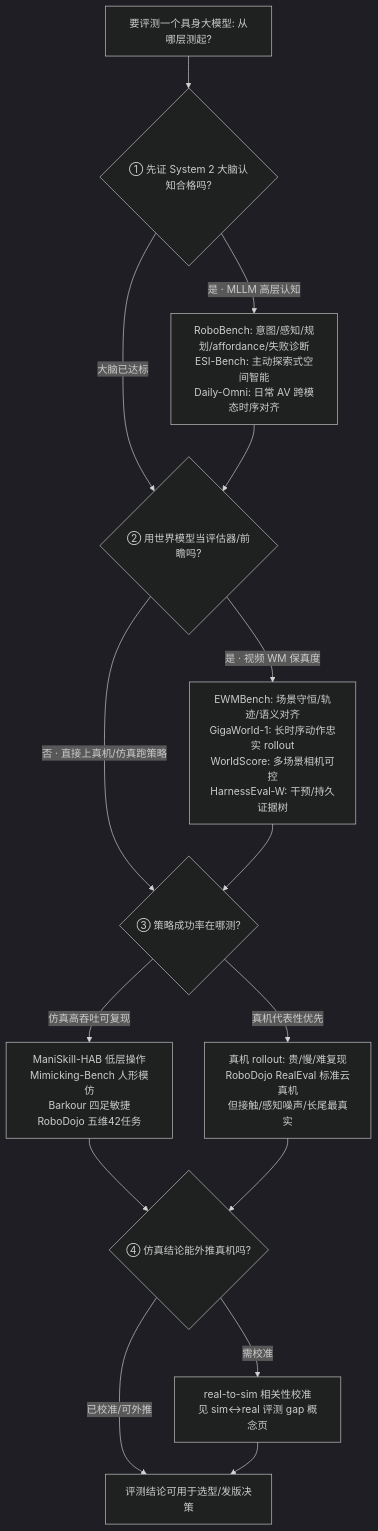
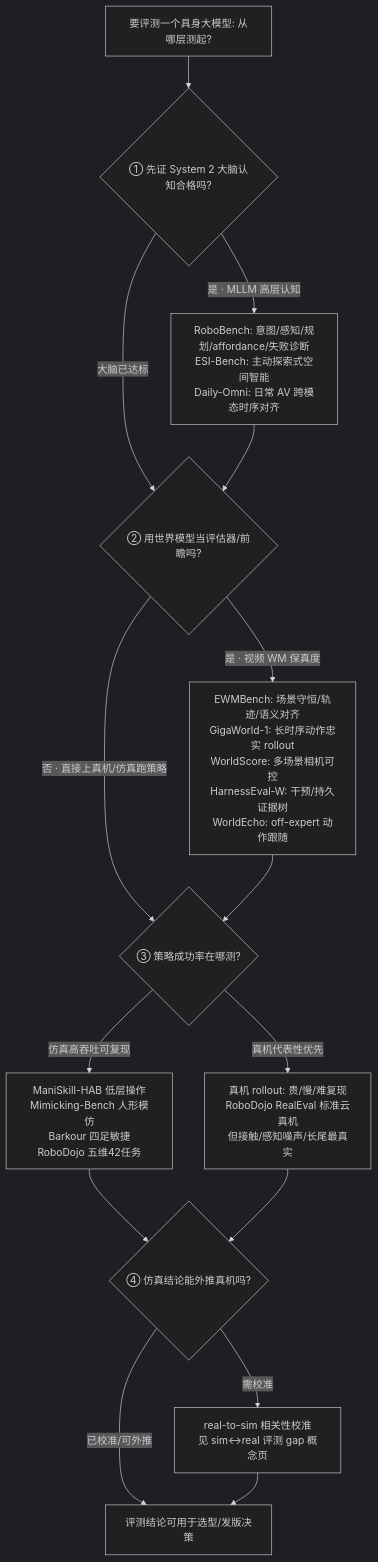
The diagram in wiki/queries/embodied-eval-benchmark-selection-loop.md (ImChong/Robotics_Notebooks), drawn with Mermaid (dark theme) before and after one commit. The commit also changed other lines of this file and 38 other files, not shown here.

Commit message:
[2026-08-27] ingest | sources/papers/{worldecho_worldsync,lawa,arli}_arxiv_2608_*.md — WorldEcho/WorldSync 动作跟随评测、LAWA 潜意图 WAM、ARLI 异步延迟感知 RL；升格三实体

````diff
--- a/wiki/queries/embodied-eval-benchmark-selection-loop.md
+++ b/wiki/queries/embodied-eval-benchmark-selection-loop.md
@@ -78,18 +79,18 @@
 ```mermaid
 flowchart TD
   start[要评测一个具身大模型: 从哪层测起?]
   start --> l1{① 先证 System 2 大脑认知合格吗?}
   l1 -->|是 · MLLM 高层认知| brain[RoboBench: 意图/感知/规划/affordance/失败诊断<br/>ESI-Bench: 主动探索式空间智能<br/>Daily-Omni: 日常 AV 跨模态时序对齐]
   l1 -->|大脑已达标| l2
   brain --> l2{② 用世界模型当评估器/前瞻吗?}
-  l2 -->|是 · 视频 WM 保真度| wm[EWMBench: 场景守恒/轨迹/语义对齐<br/>GigaWorld-1: 长时序动作忠实 rollout<br/>WorldScore: 多场景相机可控<br/>HarnessEval-W: 干预/持久证据树]
+  l2 -->|是 · 视频 WM 保真度| wm[EWMBench: 场景守恒/轨迹/语义对齐<br/>GigaWorld-1: 长时序动作忠实 rollout<br/>WorldScore: 多场景相机可控<br/>HarnessEval-W: 干预/持久证据树<br/>WorldEcho: off-expert 动作跟随]
   l2 -->|否 · 直接上真机/仿真跑策略| l3
   wm --> l3{③ 策略成功率在哪测?}
   l3 -->|仿真高吞吐可复现| simeval[ManiSkill-HAB 低层操作<br/>Mimicking-Bench 人形模仿<br/>Barkour 四足敏捷<br/>RoboDojo 五维42任务]
   l3 -->|真机代表性优先| realeval[真机 rollout: 贵/慢/难复现<br/>RoboDojo RealEval 标准云真机<br/>但接触/感知噪声/长尾最真实]
   simeval --> l4{④ 仿真结论能外推真机吗?}
   realeval --> l4
   l4 -->|需校准| gap[real-to-sim 相关性校准<br/>见 sim↔real 评测 gap 概念页]
   l4 -->|已校准/可外推| ship[评测结论可用于选型/发版决策]
   gap --> ship
 ```
````
